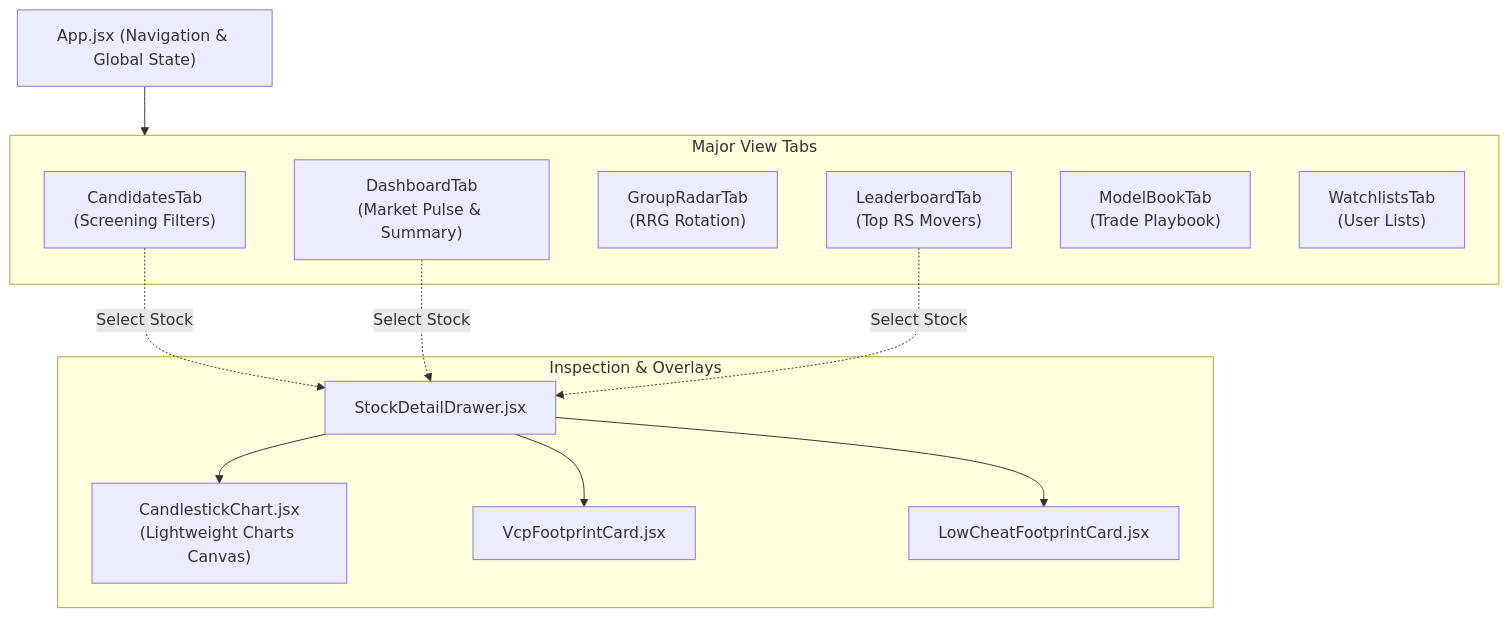
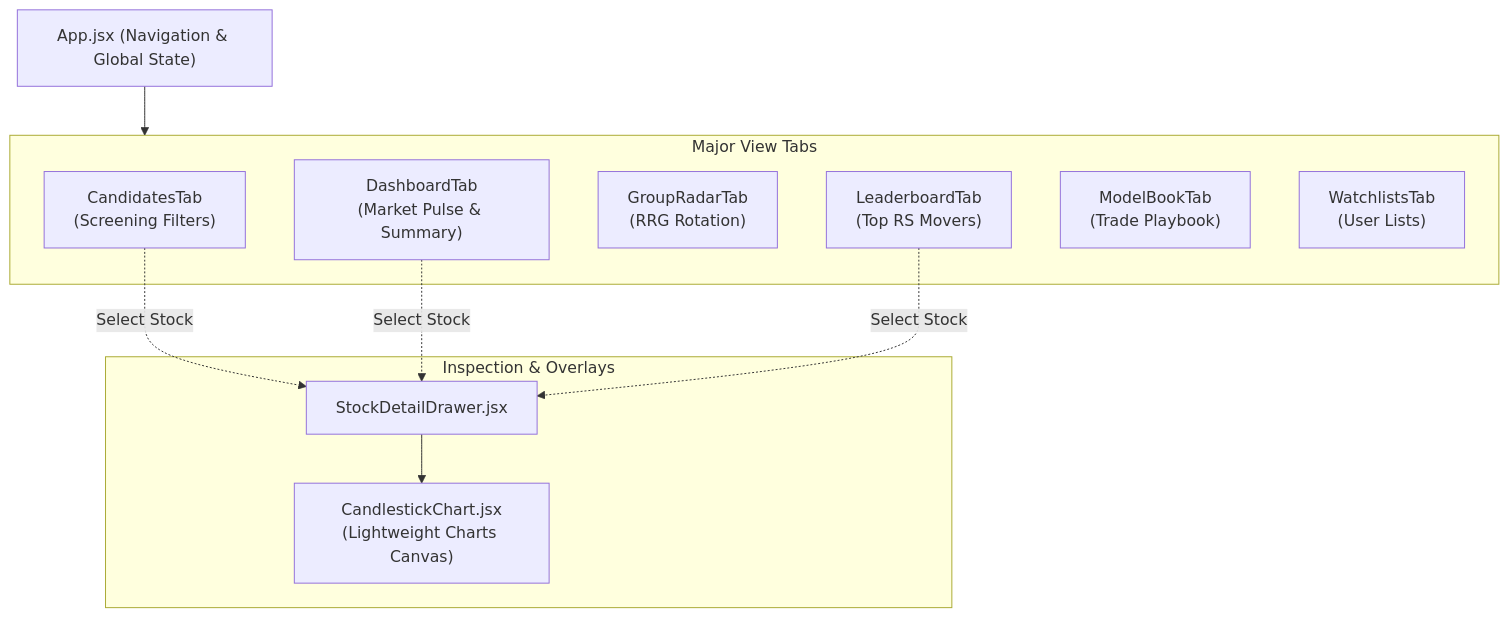
The diagram in docs/modules/frontend_spa.md (linli2016/pivottrader), drawn with Mermaid before and after one commit. The commit also changed other lines of this file and 22 other files, not shown here.

````diff
--- a/docs/modules/frontend_spa.md
+++ b/docs/modules/frontend_spa.md
@@ -45,27 +43,24 @@
 ```mermaid
 flowchart TD
     App["App.jsx (Navigation & Global State)"]
     
     subgraph Views ["Major View Tabs"]
         Tab1["CandidatesTab<br/>(Screening Filters)"]
         Tab2["DashboardTab<br/>(Market Pulse & Summary)"]
         Tab3["GroupRadarTab<br/>(RRG Rotation)"]
         Tab4["LeaderboardTab<br/>(Top RS Movers)"]
         Tab5["ModelBookTab<br/>(Trade Playbook)"]
         Tab6["WatchlistsTab<br/>(User Lists)"]
     end
 
     subgraph Inspection ["Inspection & Overlays"]
         Drawer["StockDetailDrawer.jsx"]
         Chart["CandlestickChart.jsx<br/>(Lightweight Charts Canvas)"]
-        VCPCard["VcpFootprintCard.jsx"]
-        LCCard["LowCheatFootprintCard.jsx"]
     end
 
     App --> Views
     Tab1 -. "Select Stock" .-> Drawer
     Tab2 -. "Select Stock" .-> Drawer
     Tab4 -. "Select Stock" .-> Drawer
     Drawer --> Chart
-    Drawer --> VCPCard & LCCard
 ```
````
